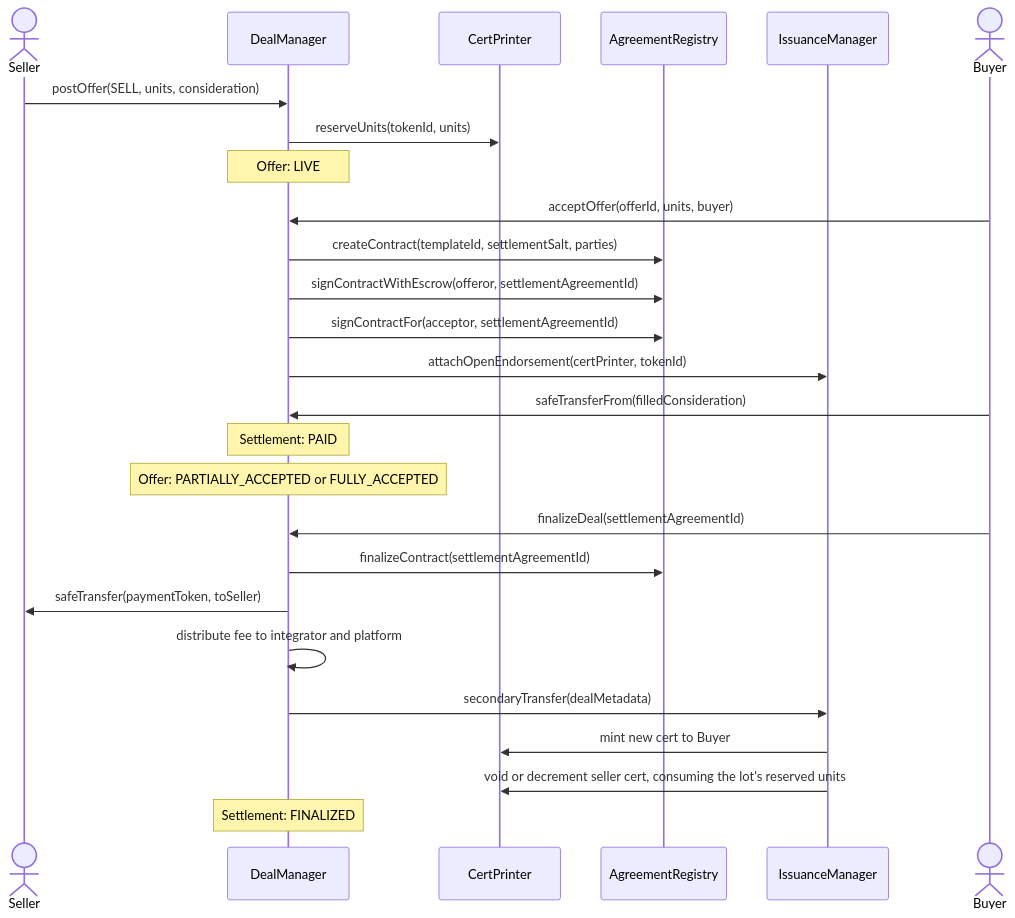
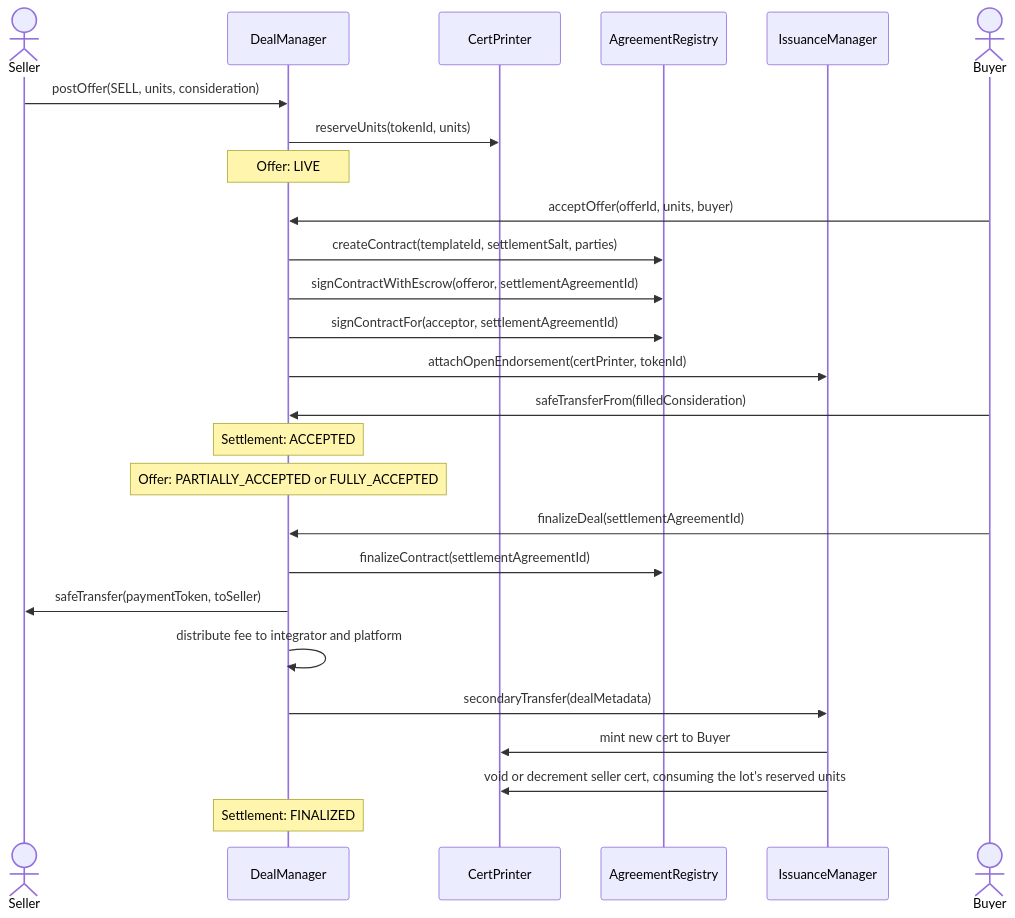
Before and after one commit to MetaLex-Tech/cybercorps-contracts: the third of 6 diagrams in specs/analysis/dealManager secondary trades.md, drawn with Mermaid. The commit also changed other lines of this file and 3 other files, not shown here.

````diff
--- a/specs/analysis/dealManager secondary trades.md
+++ b/specs/analysis/dealManager secondary trades.md
@@ -124,28 +123,28 @@
 ```mermaid
 sequenceDiagram
     actor Seller
     participant DM as DealManager
     participant Cert as CertPrinter
     participant Registry as AgreementRegistry
     participant IM as IssuanceManager
     actor Buyer
     Seller ->> DM: postOffer(SELL, units, consideration)
     DM ->> Cert: reserveUnits(tokenId, units)
     Note over DM: Offer: LIVE
     Buyer ->> DM: acceptOffer(offerId, units, buyer)
     DM ->> Registry: createContract(templateId, settlementSalt, parties)
     DM ->> Registry: signContractWithEscrow(offeror, settlementAgreementId)
     DM ->> Registry: signContractFor(acceptor, settlementAgreementId)
     DM ->> IM: attachOpenEndorsement(certPrinter, tokenId)
     Buyer ->> DM: safeTransferFrom(filledConsideration)
-    Note over DM: Settlement: PAID
+    Note over DM: Settlement: ACCEPTED
     Note over DM: Offer: PARTIALLY_ACCEPTED or FULLY_ACCEPTED
     Buyer ->> DM: finalizeDeal(settlementAgreementId)
     DM ->> Registry: finalizeContract(settlementAgreementId)
     DM ->> Seller: safeTransfer(paymentToken, toSeller)
     DM ->> DM: distribute fee to integrator and platform
     DM ->> IM: secondaryTransfer(dealMetadata)
     IM ->> Cert: mint new cert to Buyer
     IM ->> Cert: void or decrement seller cert, consuming the lot's reserved units
     Note over DM: Settlement: FINALIZED
 ```
````
